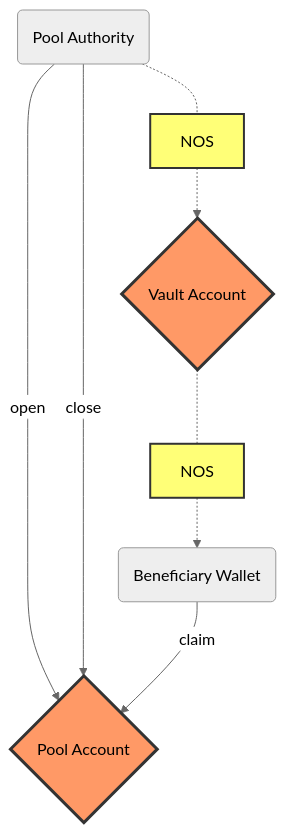
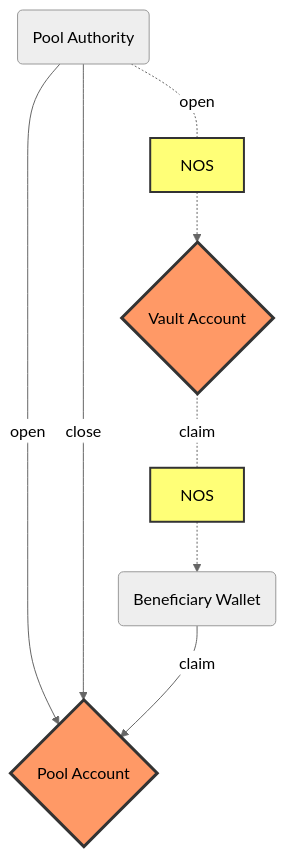
The diagram in docs/programs/pools.md (nosana-ci/docs.nosana.io), drawn with Mermaid (neutral theme) before and after one commit. The commit also changed 3 other files, not shown here.

Commit message:
Update diagrams

````diff
--- a/docs/programs/pools.md
+++ b/docs/programs/pools.md
@@ -365,24 +365,21 @@
 ```mermaid
 flowchart TB
-    authority -- open --> pool
-    authority -- close --> pool
+    authority -.-|open | nos1 -.-> vault -.-|claim| nos2 -.-> beneficiary
+    authority -->|open | pool
+    authority -->|close| pool
 
-    beneficiary -- claim --> pool
-
-    authority -.- nos1 -.-> vault -.- nos2 -.-> beneficiary
+    beneficiary -->|claim| pool
 
     authority(Pool Authority)
     beneficiary(Beneficiary Wallet)
-
     pool{Pool Account}
     vault{Vault Account}
-
     nos1[NOS]
     nos2[NOS]
 
     classDef orange fill:#f96,stroke:#333,stroke-width:3px;
     classDef yellow fill:#ff7,stroke:#333,stroke-width:2px;
 
     class pool,vault orange
     class nos1,nos2 yellow
 ```
````
